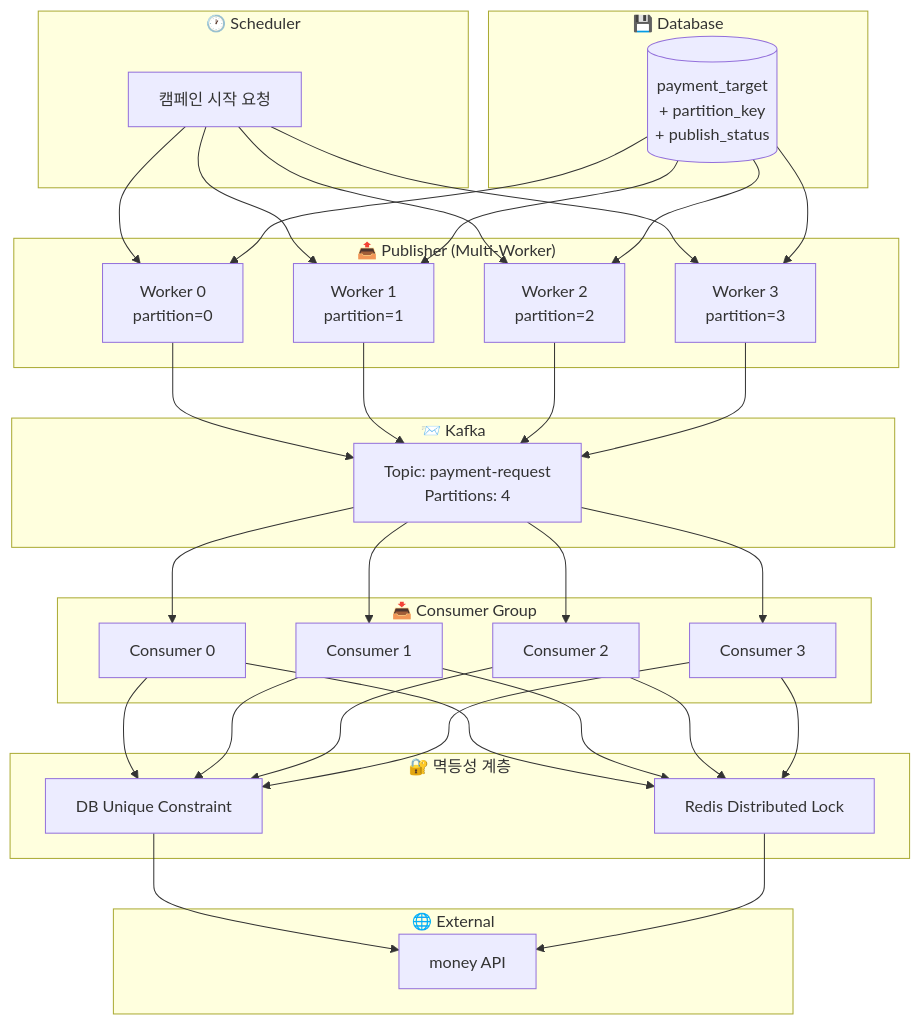
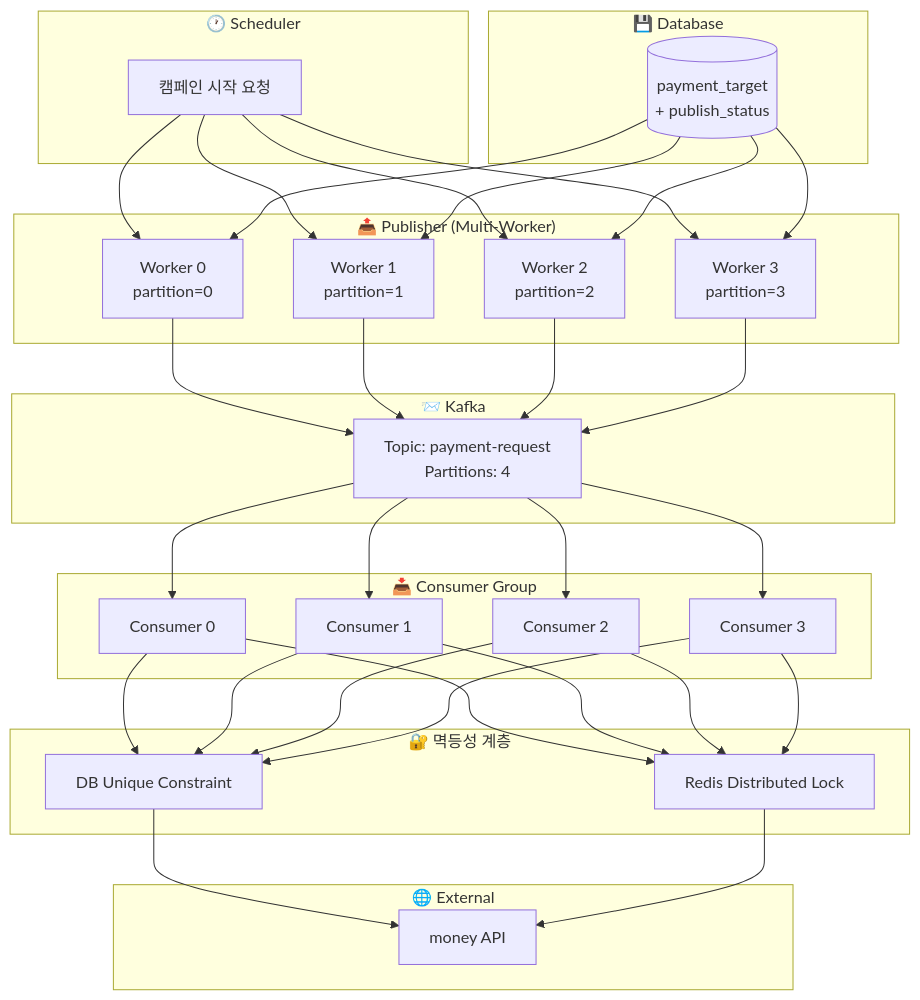
Before and after one commit to JiYoonKimjimmy/obsidian-vault: the first of 6 diagrams in 1. Project/2026_MP_대량 포인트 지급 시스템/02_Architecture.md, drawn with Mermaid. The commit also changed 1 other file, not shown here.

Commit message:
vault backup: 2026-01-15 13:54:10

````diff
--- a/1. Project/2026_MP_대량 포인트 지급 시스템/02_Architecture.md
+++ b/1. Project/2026_MP_대량 포인트 지급 시스템/02_Architecture.md
@@ -29,44 +29,44 @@
 ```mermaid
 flowchart TB
     subgraph Scheduler["🕐 Scheduler"]
         A[캠페인 시작 요청]
     end
     
     subgraph Publisher["📤 Publisher (Multi-Worker)"]
         B[Worker 0<br/>partition=0]
         C[Worker 1<br/>partition=1]
         D[Worker 2<br/>partition=2]
         E[Worker 3<br/>partition=3]
     end
     
     subgraph DB["💾 Database"]
-        F[(payment_target<br/>+ partition_key<br/>+ publish_status)]
+        F[(payment_target<br/>+ publish_status)]
     end
     
     subgraph Kafka["📨 Kafka"]
         G[Topic: payment-request<br/>Partitions: 4]
     end
     
     subgraph Consumer["📥 Consumer Group"]
         H[Consumer 0]
         I[Consumer 1]
         J[Consumer 2]
         K[Consumer 3]
     end
     
     subgraph Idempotency["🔐 멱등성 계층"]
         L[DB Unique Constraint]
         M[Redis Distributed Lock]
     end
     
     subgraph External["🌐 External"]
         N[money API]
     end
     
     A --> B & C & D & E
     F --> B & C & D & E
     B & C & D & E --> G
     G --> H & I & J & K
     H & I & J & K --> L & M
     L & M --> N
 ```
````
